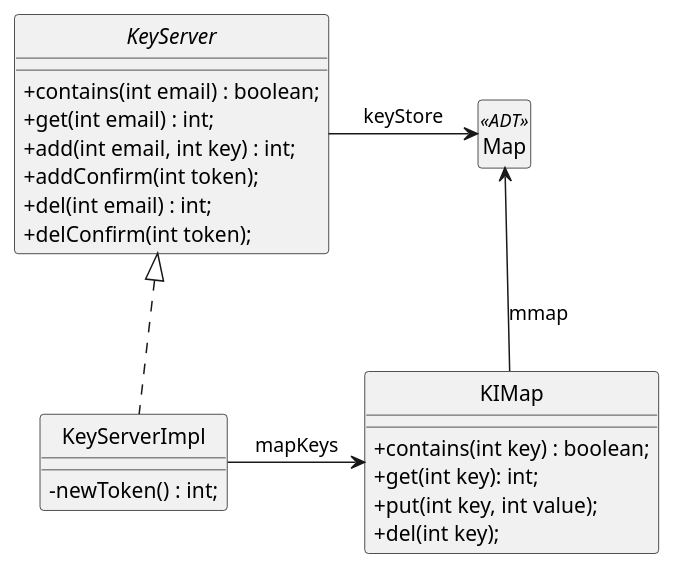
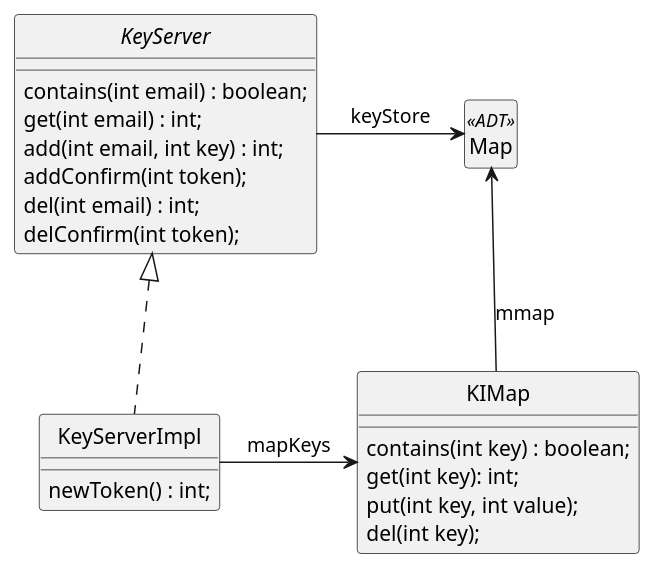
The diagram in presentation/imap_partial.plantuml (KeYProject/verifythis-ltc-2020), drawn with PlantUML before and after one commit. The commit also changed 20 other files, not shown here.

```diff
--- a/presentation/imap_partial.plantuml
+++ b/presentation/imap_partial.plantuml
@@ -1,43 +1,43 @@
 @startuml
 hide circle
 skinparam classAttributeIconSize 0
 skinparam monochrome true
 skinparam shadowing false
 
 interface KeyServer {
-    +contains(int email) : boolean;
-    +get(int email) : int;
-    +add(int email, int key) : int;
-    +addConfirm(int token);
-    +del(int email) : int;
-    +delConfirm(int token);
+    contains(int email) : boolean;
+    get(int email) : int;
+    add(int email, int key) : int;
+    addConfirm(int token);
+    del(int email) : int;
+    delConfirm(int token);
 }
 
 KeyServer -right-> Map : keyStore
 
 
 class Map << ADT >>
 hide Map members
 'note right: for ghost fields
 
 class KeyServerImpl implements KeyServer {
 '    -KIMap mapKeys; 
 '    -KIMap mapPendAddEmail;
 '    -KIMap mapPendAddKey;
 '    -KIMap mapPendDelEmail;
-    -newToken() : int;
+    newToken() : int;
 }
 
 KeyServerImpl -right-> KIMap : mapKeys
 
 class KIMap {
-    +contains(int key) : boolean;
-    +get(int key): int;
-    +put(int key, int value);
-    +del(int key);
+    contains(int key) : boolean;
+    get(int key): int;
+    put(int key, int value);
+    del(int key);
 }
 'note top: for implementation
 
 KIMap -up-> Map : mmap
 
 @enduml
```
